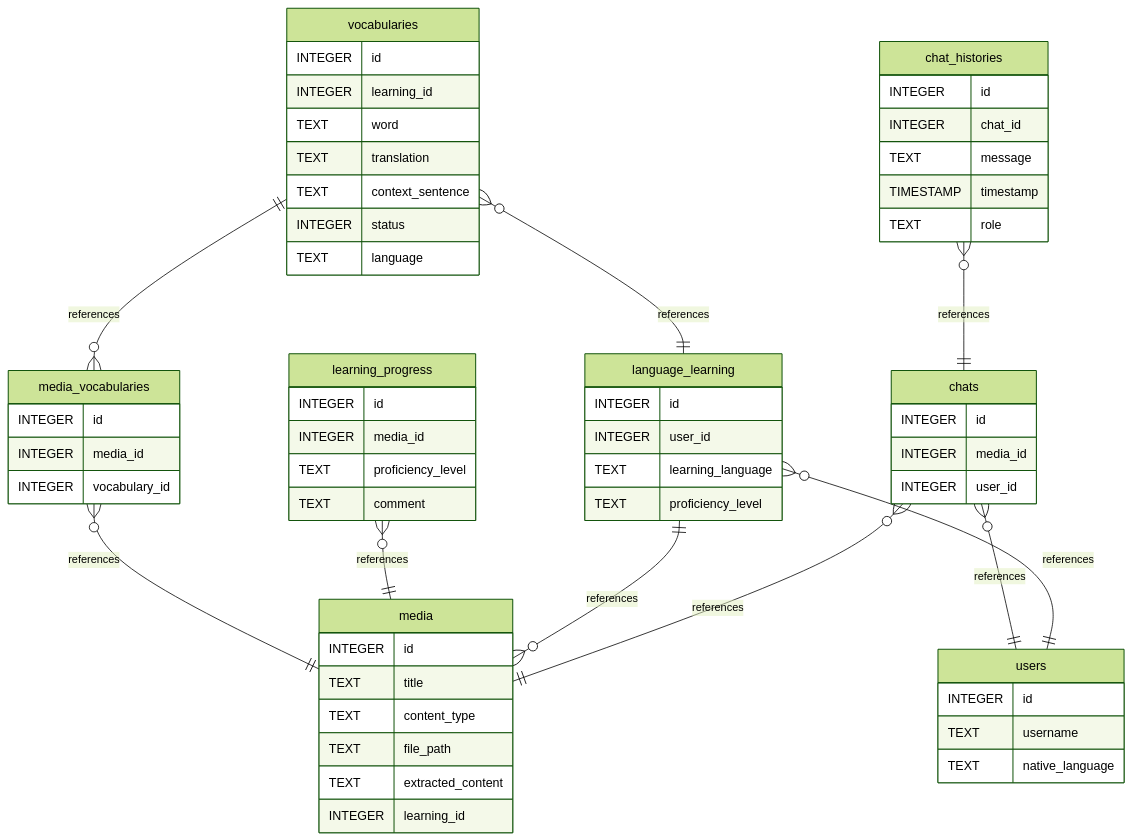
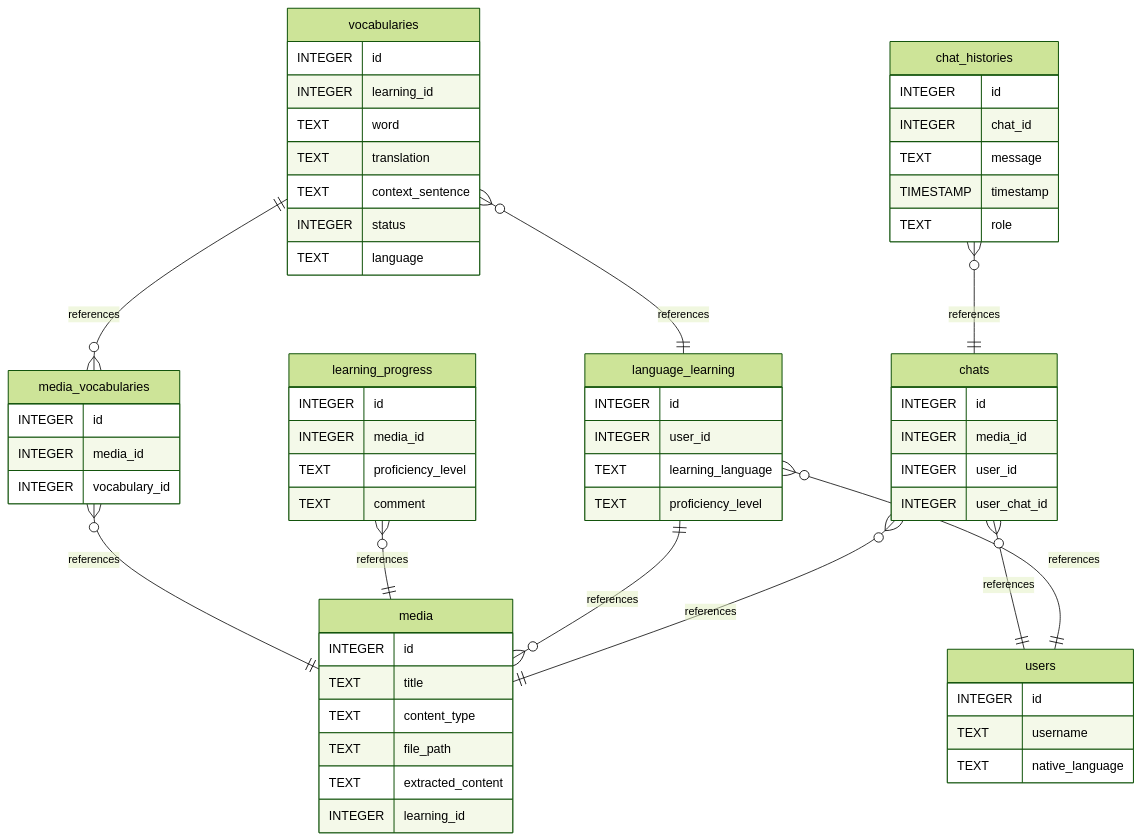
Before and after one commit to BurkhardtJan/Dengwa-AI: the second of 2 diagrams in README.md, drawn with Mermaid (forest theme). The commit also changed 6 other files, not shown here.

````diff
--- a/README.md
+++ b/README.md
@@ -140,71 +140,73 @@
 ```mermaid
 erDiagram
     chat_histories }o--|| chats: references
     chats }o--|| media: references
     language_learning }o--|| users: references
     language_learning ||--o{ media: references
     learning_progress }o--|| media: references
     media_vocabularies }o--|| media: references
     vocabularies ||--o{ media_vocabularies: references
     vocabularies }o--|| language_learning: references
     chats }o--|| users: references
 
     users {
         INTEGER id
         TEXT username
         TEXT native_language
     }
 
     media {
         INTEGER id
         TEXT title
         TEXT content_type
         TEXT file_path
         TEXT extracted_content
         INTEGER learning_id
     }
 
     vocabularies {
         INTEGER id
         INTEGER learning_id
         TEXT word
         TEXT translation
         TEXT context_sentence
         INTEGER status
         TEXT language
     }
 
     chats {
         INTEGER id
         INTEGER media_id
         INTEGER user_id
+        INTEGER user_chat_id
+
     }
 
     chat_histories {
         INTEGER id
         INTEGER chat_id
         TEXT message
         TIMESTAMP timestamp
         TEXT role
     }
 
     language_learning {
         INTEGER id
         INTEGER user_id
         TEXT learning_language
         TEXT proficiency_level
     }
 
     learning_progress {
         INTEGER id
         INTEGER media_id
         TEXT proficiency_level
         TEXT comment
     }
 
     media_vocabularies {
         INTEGER id
         INTEGER media_id
         INTEGER vocabulary_id
     }
 ```
````
